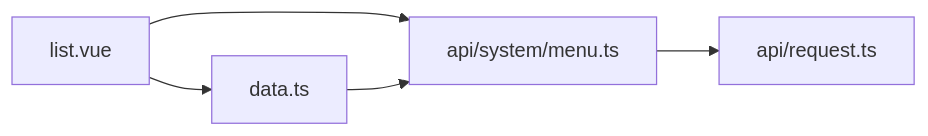
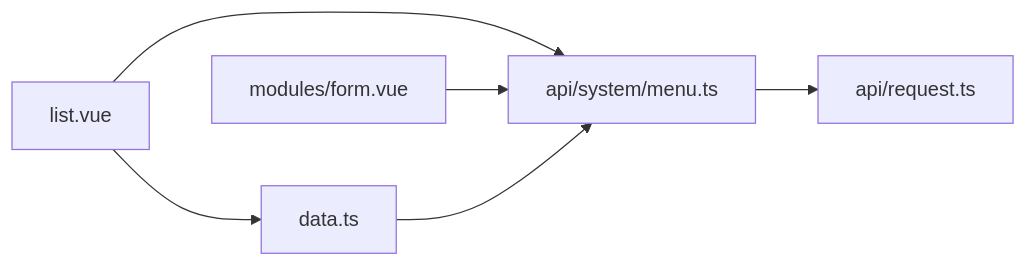
Before and after one commit to ShiRuYu/shiyu-ui: the third of 3 diagrams in .qoder/repowiki/zh/content/API 通信层/API 模块组织/系统管理 API 模块/菜单管理 API.md, drawn with Mermaid. The commit also changed other lines of this file and 37 other files, not shown here.

````diff
--- a/.qoder/repowiki/zh/content/API 通信层/API 模块组织/系统管理 API 模块/菜单管理 API.md
+++ b/.qoder/repowiki/zh/content/API 通信层/API 模块组织/系统管理 API 模块/菜单管理 API.md
@@ -244,7 +374,8 @@
 ```mermaid
 graph LR
 ListVue["list.vue"] --> DataTS["data.ts"]
 ListVue --> MenuAPI["api/system/menu.ts"]
+FormVue["modules/form.vue"] --> MenuAPI
 DataTS --> MenuAPI
 MenuAPI --> RequestTS["api/request.ts"]
 ```
````
